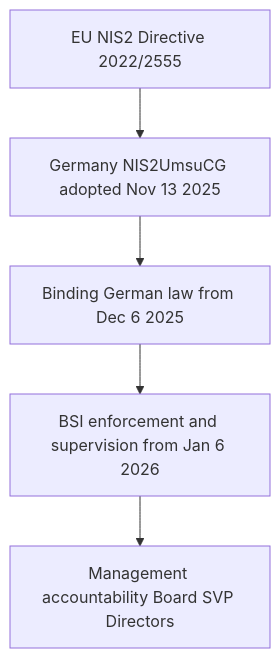
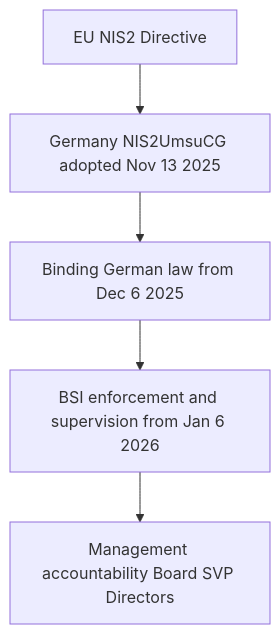
Before and after one commit to Mynkskhr/diehlmetering: the diagram in docs/source/nis2-2026.rst, drawn with Mermaid.

```diff
--- a/docs/source/nis2-2026.rst
+++ b/docs/source/nis2-2026.rst
@@ -10,13 +10,13 @@
 .. mermaid::
 
    flowchart TB
-       EU[EU NIS2 Directive 2022/2555]
+       EU[EU NIS2 Directive]
        DE[Germany NIS2UmsuCG adopted Nov 13 2025]
        LAW[Binding German law from Dec 6 2025]
        BSI[BSI enforcement and supervision from Jan 6 2026]
        MGMT[Management accountability Board SVP Directors]
 
        EU --> DE
        DE --> LAW
        LAW --> BSI
        BSI --> MGMT
```
